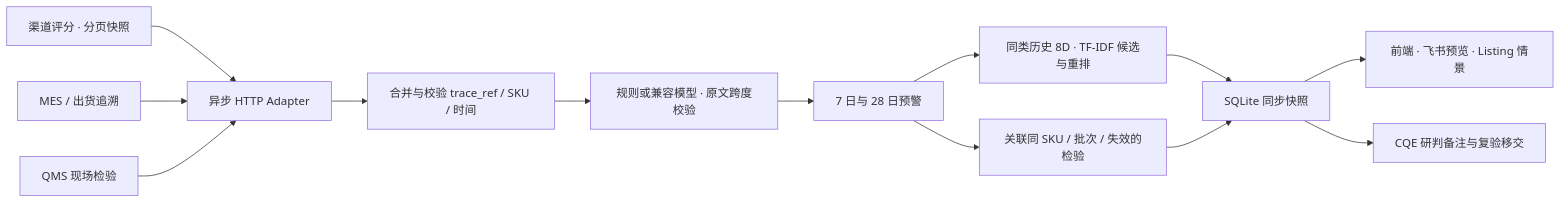
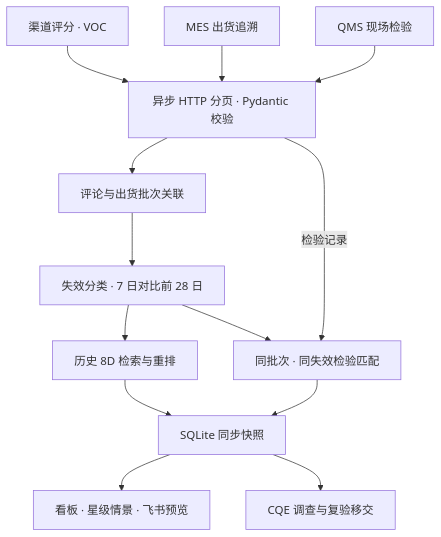
The diagram in README.md (xiaodou905-netizen/crossborder-cqe-sentinel), drawn with Mermaid before and after one commit. The commit also changed other lines of this file and 1 other file, not shown here.

````diff
--- a/README.md
+++ b/README.md
@@ -55,15 +78,15 @@
 ```mermaid
-flowchart LR
-    M["渠道评分 · 分页快照"] --> A["异步 HTTP Adapter"]
-    S["MES / 出货追溯"] --> A
+flowchart TD
+    M["渠道评分 · VOC"] --> A["异步 HTTP 分页 · Pydantic 校验"]
+    S["MES 出货追溯"] --> A
     Q["QMS 现场检验"] --> A
-    A --> J["合并与校验 trace_ref / SKU / 时间"]
-    J --> T["规则或兼容模型 · 原文跨度校验"]
-    T --> W["7 日与 28 日预警"]
-    W --> K["同类历史 8D · TF-IDF 候选与重排"]
-    W --> E["关联同 SKU / 批次 / 失效的检验"]
+    A --> J["评论与出货批次关联"]
+    J --> W["失效分类 · 7 日对比前 28 日"]
+    W --> K["历史 8D 检索与重排"]
+    W --> E["同批次 · 同失效检验匹配"]
+    A -->|检验记录| E
     K --> P["SQLite 同步快照"]
     E --> P
-    P --> UI["前端 · 飞书预览 · Listing 情景"]
-    P --> H["CQE 研判备注与复验移交"]
+    P --> UI["看板 · 星级情景 · 飞书预览"]
+    P --> H["CQE 调查与复验移交"]
 ```
````
